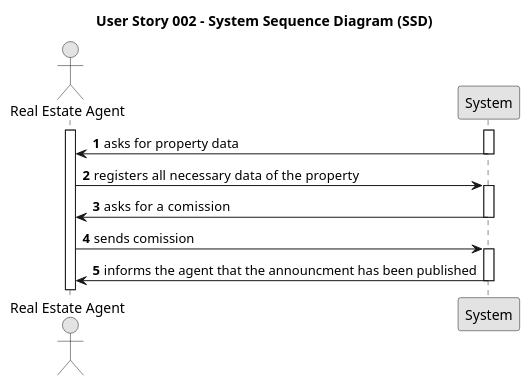
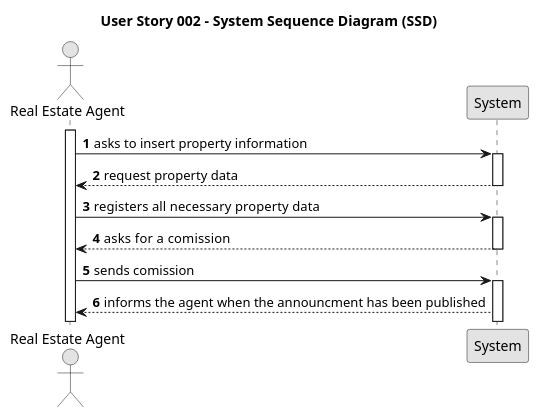
One commit to Rodrick0209/ISEP-LAPR2-22-23 changed the diagram in docs/sprintA/us002/01.requirements-engineering/puml/us002-system-sequence-diagram-alternative-one.puml. Above: the diagram before and after it, drawn with PlantUML. The commit also changed 15 other files, not shown here.

```diff
--- a/docs/sprintA/us002/01.requirements-engineering/puml/us002-system-sequence-diagram-alternative-one.puml
+++ b/docs/sprintA/us002/01.requirements-engineering/puml/us002-system-sequence-diagram-alternative-one.puml
@@ -1,46 +1,50 @@
 @startuml
 skinparam monochrome true
 skinparam packageStyle rectangle
 skinparam shadowing false
 
 title User Story 002 - System Sequence Diagram (SSD)
 
 
 autonumber
 
 
 
 actor "Real Estate Agent" as Agent
 participant "System" as System
 
 
-activate System
+
 activate Agent
 
+Agent -> System :asks to insert property information
 
-    System -> Agent: asks for property data
+activate System
+
+    System --> Agent: request property data
     deactivate System
 
 
-    Agent -> System :registers  all necessary data of the property
+    Agent -> System :registers  all necessary property data
 
     activate System
 
-    System-> Agent:asks for a  comission
+    System--> Agent:asks for a  comission
      deactivate System
    Agent-> System:sends comission
 
    activate System
-System -> Agent : informs the agent that the announcment has been published
-deactivate System
+System --> Agent : informs the agent when the announcment has been published
+
+
 
 
 
 
 
 
 
 
 
 
 @enduml
```
